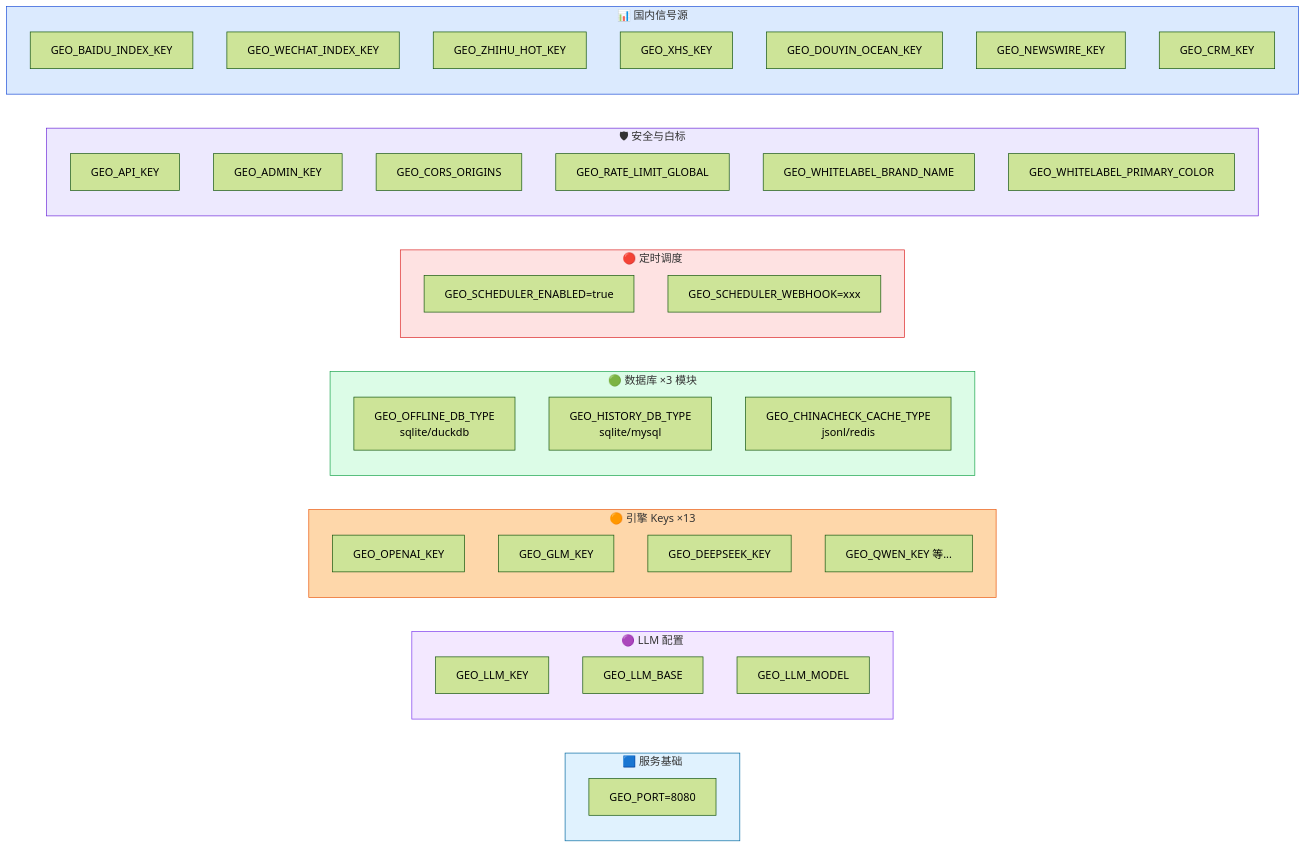
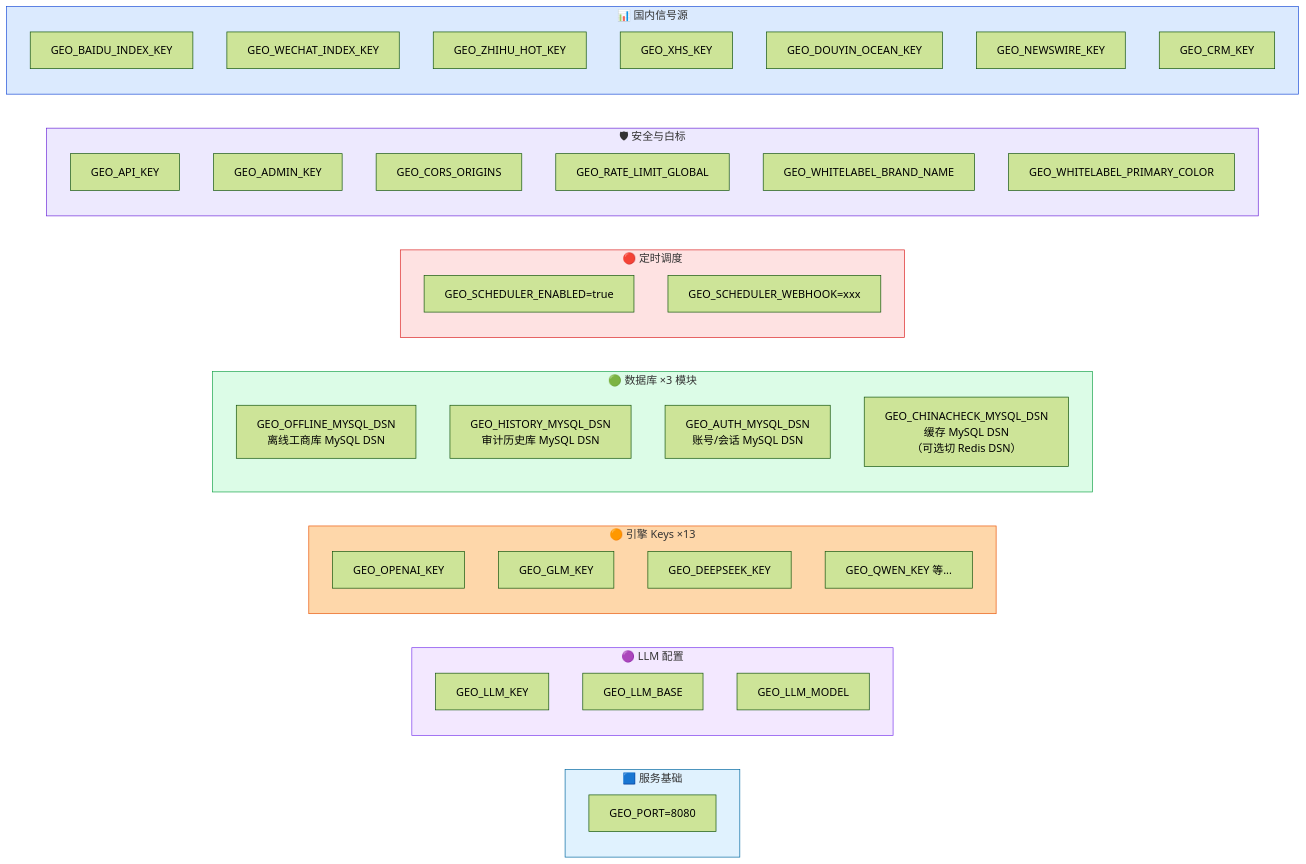
Before and after one commit to deep2code/geo: diagram 31 of 31 in docs/architecture.md, drawn with Mermaid (forest theme). The commit also changed other lines of this file and 26 other files, not shown here.

First line of the commit message:
refactor!: 移除 SQLite/JSONL/DuckDB，所有数据层统一使用 MySQL 8.0

````diff
--- a/docs/architecture.md
+++ b/docs/architecture.md
@@ -906,57 +900,58 @@
 ```mermaid
 graph LR
     subgraph 基础["🟦 服务基础"]
         PORT["GEO_PORT=8080"]
     end
 
     subgraph LLM["🟣 LLM 配置"]
         K["GEO_LLM_KEY"]
         B["GEO_LLM_BASE"]
         M["GEO_LLM_MODEL"]
     end
 
     subgraph Engines["🟠 引擎 Keys ×13"]
         K1["GEO_OPENAI_KEY"]
         K2["GEO_GLM_KEY"]
         K3["GEO_DEEPSEEK_KEY"]
         K4["GEO_QWEN_KEY 等..."]
     end
 
     subgraph DBs["🟢 数据库 ×3 模块"]
-        OT["GEO_OFFLINE_DB_TYPE<br/>sqlite/duckdb"]
-        HT["GEO_HISTORY_DB_TYPE<br/>sqlite/mysql"]
-        CT["GEO_CHINACHECK_CACHE_TYPE<br/>jsonl/redis"]
+        OT["GEO_OFFLINE_MYSQL_DSN<br/>离线工商库 MySQL DSN"]
+        HT["GEO_HISTORY_MYSQL_DSN<br/>审计历史库 MySQL DSN"]
+        AT["GEO_AUTH_MYSQL_DSN<br/>账号/会话 MySQL DSN"]
+        CT["GEO_CHINACHECK_MYSQL_DSN<br/>缓存 MySQL DSN<br/>（可选切 Redis DSN）"]
     end
 
     subgraph 调度["🔴 定时调度"]
         SE["GEO_SCHEDULER_ENABLED=true"]
         WK["GEO_SCHEDULER_WEBHOOK=xxx"]
     end
 
     subgraph 安全白标["🛡 安全与白标"]
         AK["GEO_API_KEY"]
         ADM["GEO_ADMIN_KEY"]
         CO["GEO_CORS_ORIGINS"]
         RL["GEO_RATE_LIMIT_GLOBAL"]
         WB["GEO_WHITELABEL_BRAND_NAME"]
         WC["GEO_WHITELABEL_PRIMARY_COLOR"]
     end
 
     subgraph 国内信号["📊 国内信号源"]
         BI["GEO_BAIDU_INDEX_KEY"]
         WI["GEO_WECHAT_INDEX_KEY"]
         ZH["GEO_ZHIHU_HOT_KEY"]
         XH["GEO_XHS_KEY"]
         DY["GEO_DOUYIN_OCEAN_KEY"]
         NW["GEO_NEWSWIRE_KEY"]
         CR["GEO_CRM_KEY"]
     end
 
     style 基础 fill:#e0f2fe,stroke:#0369a1
     style LLM fill:#f3e8ff,stroke:#7c3aed
     style Engines fill:#fed7aa,stroke:#ea580c
     style DBs fill:#dcfce7,stroke:#16a34a
     style 调度 fill:#fee2e2,stroke:#dc2626
     style 安全白标 fill:#ede9fe,stroke:#6d28d9
     style 国内信号 fill:#dbeafe,stroke:#1d4ed8
 ```
````
